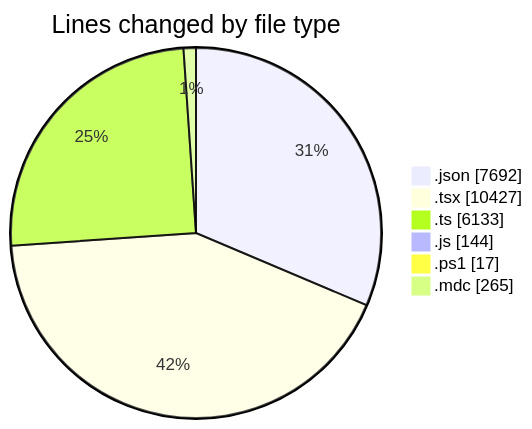
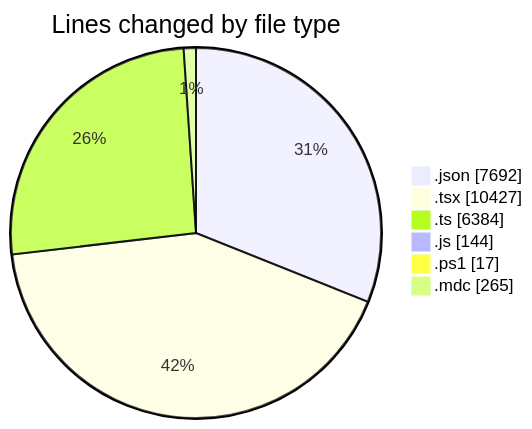
One commit to CELIANVF/code-tracking changed the first of 2 diagrams in 2025-06-10/ecodeli-1/README.md. Above: the diagram before and after it, drawn with Mermaid. The commit also changed other lines of this file and 1 other file, not shown here.

````diff
--- a/2025-06-10/ecodeli-1/README.md
+++ b/2025-06-10/ecodeli-1/README.md
@@ -76,10 +77,10 @@
 ```mermaid
 pie showData
 title Lines changed by file type
 ".json" : 7692
 ".tsx" : 10427
-".ts" : 6133
+".ts" : 6384
 ".js" : 144
 ".ps1" : 17
 ".mdc" : 265
 ```
````
